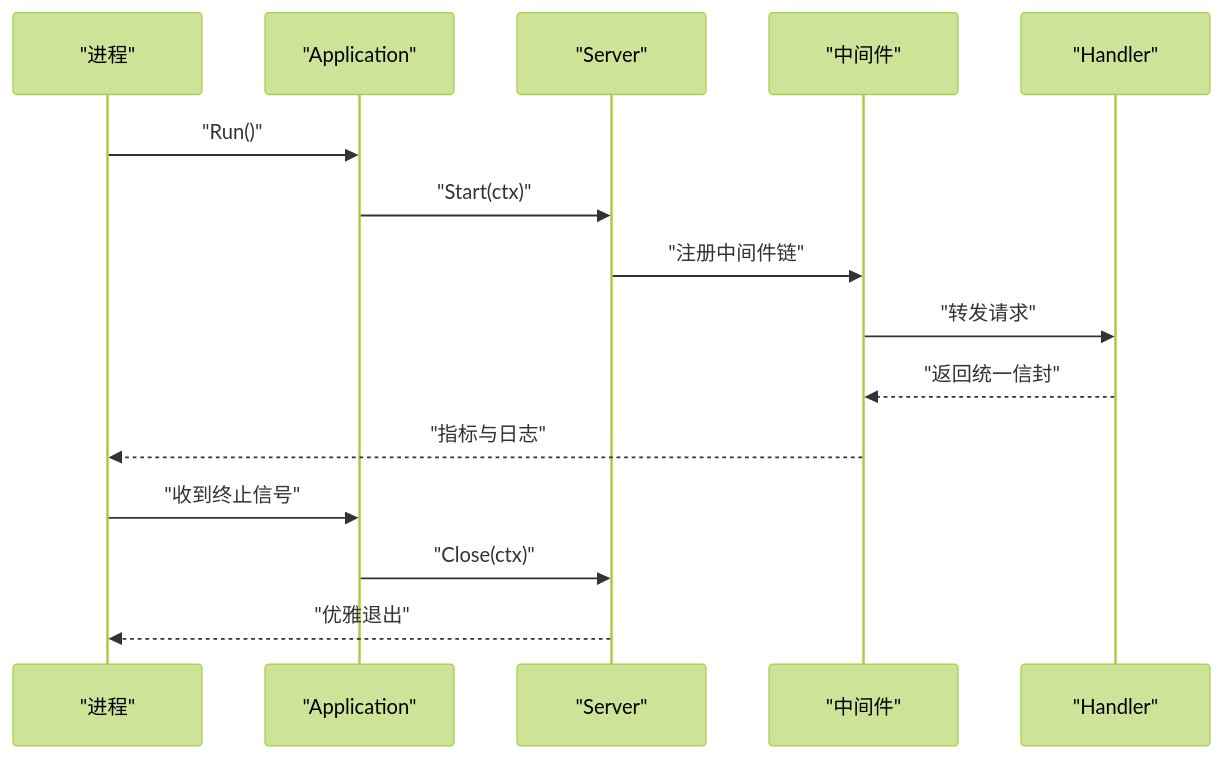
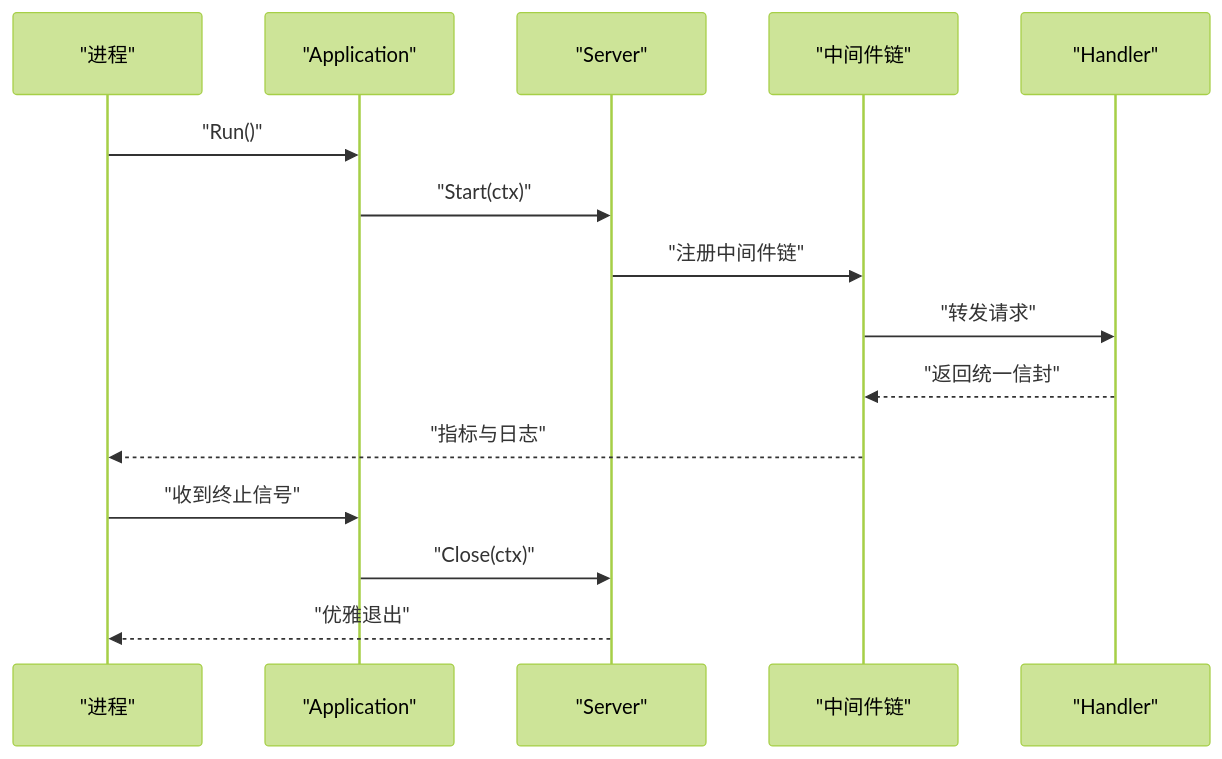
One commit to Karlsk/oryxos-go changed the fourth of 4 diagrams in .qoder/repowiki/zh/content/Web Service API.md. Above: the diagram before and after it, drawn with Mermaid (forest theme). The commit also changed other lines of this file and 50 other files, not shown here.

````diff
--- a/.qoder/repowiki/zh/content/Web Service API.md
+++ b/.qoder/repowiki/zh/content/Web Service API.md
@@ -211,17 +245,17 @@
 ```mermaid
 sequenceDiagram
 participant Proc as "进程"
 participant App as "Application"
 participant Srv as "Server"
-participant MW as "中间件"
+participant MW as "中间件链"
 participant H as "Handler"
 Proc->>App : "Run()"
 App->>Srv : "Start(ctx)"
 Srv->>MW : "注册中间件链"
 MW->>H : "转发请求"
 H-->>MW : "返回统一信封"
 MW-->>Proc : "指标与日志"
 Proc->>App : "收到终止信号"
 App->>Srv : "Close(ctx)"
 Srv-->>Proc : "优雅退出"
 ```
````
